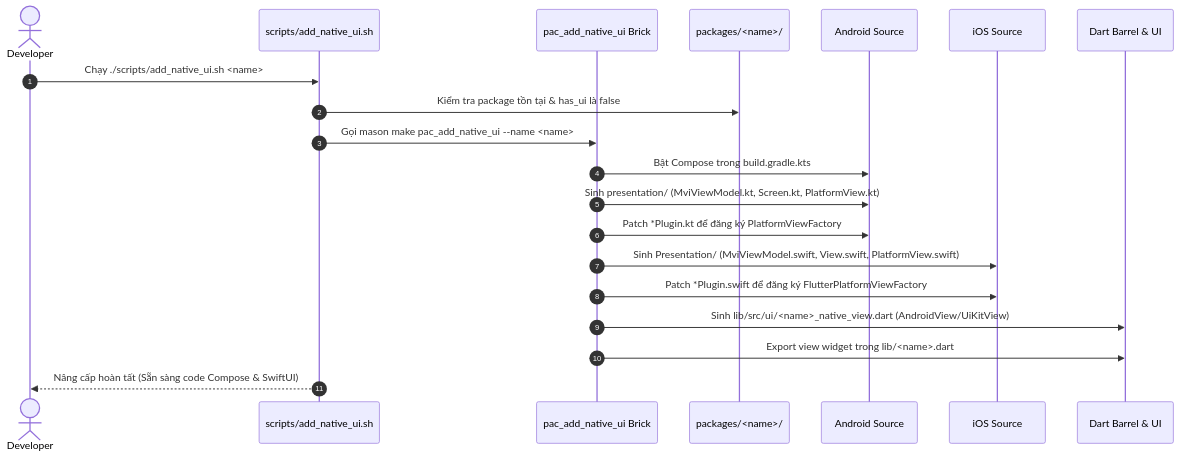
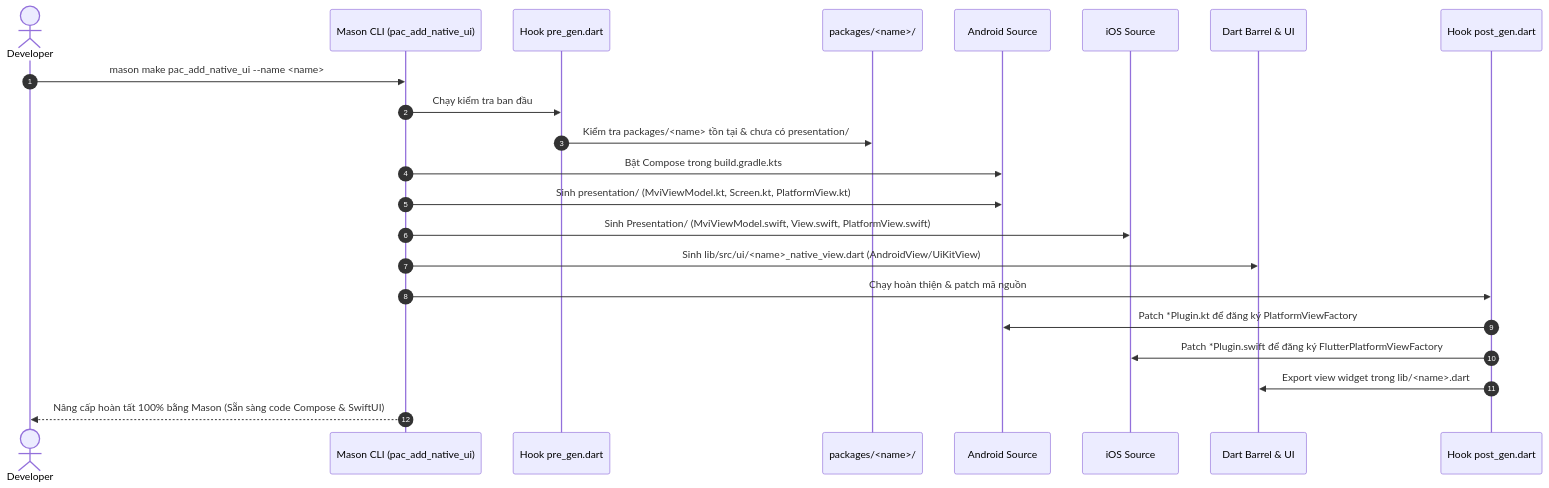
The third of 3 diagrams in .devtool/epic/flutter_super_app_template/flutter_super_app_template.vi.md (DanhDue/bloc_digital_wallet), drawn with Mermaid before and after one commit. The commit also changed other lines of this file and 2 other files, not shown here.

Commit message:
docs: standardize pac_add_native_ui and pac_rename_project as pure mason bricks

````diff
--- a/.devtool/epic/flutter_super_app_template/flutter_super_app_template.vi.md
+++ b/.devtool/epic/flutter_super_app_template/flutter_super_app_template.vi.md
@@ -130,23 +130,25 @@
 ```mermaid
 sequenceDiagram
     autonumber
     actor Dev as Developer
-    participant Script as scripts/add_native_ui.sh
-    participant Mason as pac_add_native_ui Brick
+    participant Mason as Mason CLI (pac_add_native_ui)
+    participant HookPre as Hook pre_gen.dart
     participant PluginDir as packages/<name>/
     participant Android as Android Source
     participant iOS as iOS Source
     participant Dart as Dart Barrel & UI
+    participant HookPost as Hook post_gen.dart
 
-    Dev->>Script: Chạy ./scripts/add_native_ui.sh <name>
-    Script->>PluginDir: Kiểm tra package tồn tại & has_ui là false
-    Script->>Mason: Gọi mason make pac_add_native_ui --name <name>
+    Dev->>Mason: mason make pac_add_native_ui --name <name>
+    Mason->>HookPre: Chạy kiểm tra ban đầu
+    HookPre->>PluginDir: Kiểm tra packages/<name> tồn tại & chưa có presentation/
     Mason->>Android: Bật Compose trong build.gradle.kts
     Mason->>Android: Sinh presentation/ (MviViewModel.kt, Screen.kt, PlatformView.kt)
-    Mason->>Android: Patch *Plugin.kt để đăng ký PlatformViewFactory
     Mason->>iOS: Sinh Presentation/ (MviViewModel.swift, View.swift, PlatformView.swift)
-    Mason->>iOS: Patch *Plugin.swift để đăng ký FlutterPlatformViewFactory
     Mason->>Dart: Sinh lib/src/ui/<name>_native_view.dart (AndroidView/UiKitView)
-    Mason->>Dart: Export view widget trong lib/<name>.dart
-    Script-->>Dev: Nâng cấp hoàn tất (Sẵn sàng code Compose & SwiftUI)
+    Mason->>HookPost: Chạy hoàn thiện & patch mã nguồn
+    HookPost->>Android: Patch *Plugin.kt để đăng ký PlatformViewFactory
+    HookPost->>iOS: Patch *Plugin.swift để đăng ký FlutterPlatformViewFactory
+    HookPost->>Dart: Export view widget trong lib/<name>.dart
+    Mason-->>Dev: Nâng cấp hoàn tất 100% bằng Mason (Sẵn sàng code Compose & SwiftUI)
 ```
````
